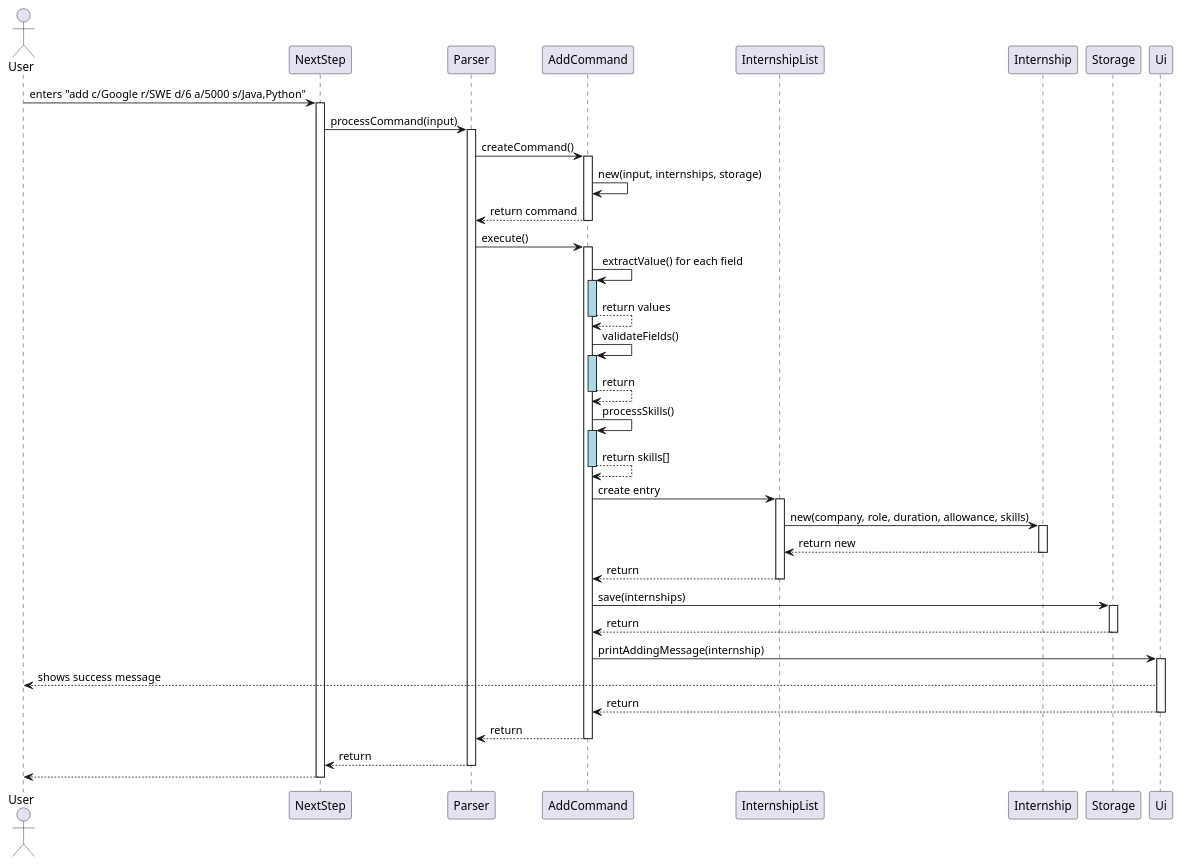
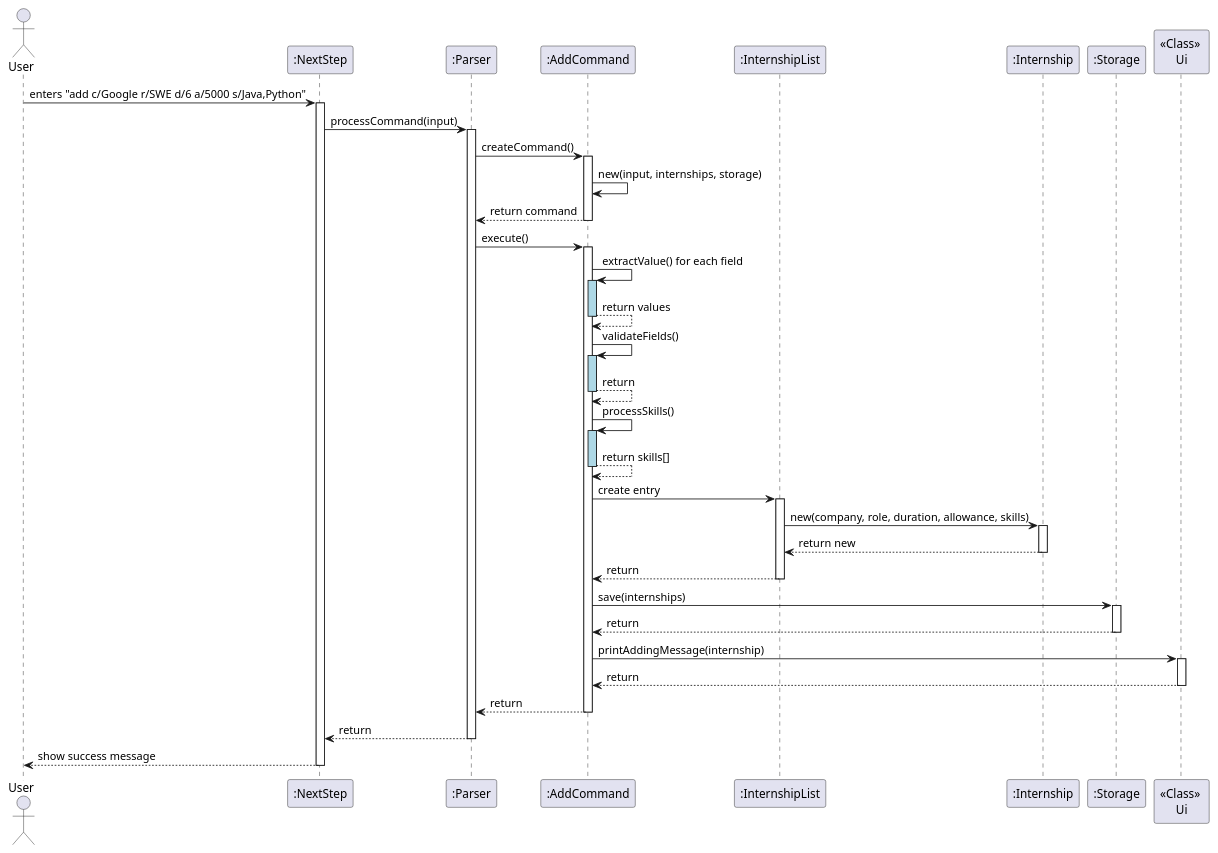
Before and after one commit to xyanjun02/tp: the diagram in docs/diagrams/addCommandSequence.puml, drawn with PlantUML. The commit also changed 5 other files, not shown here.

```diff
--- a/docs/diagrams/addCommandSequence.puml
+++ b/docs/diagrams/addCommandSequence.puml
@@ -1,71 +1,70 @@
 @startuml
 'https://plantuml.com/sequence-diagram
 
 actor User
-participant NextStep
-participant Parser
-participant AddCommand
-participant InternshipList
-participant Internship
-participant Storage
-participant Ui
+participant ":NextStep" as NextStep
+participant ":Parser" as Parser
+participant ":AddCommand" as AddCommand
+participant ":InternshipList" as InternshipList
+participant ":Internship" as Internship
+participant ":Storage" as Storage
+participant "<<Class>> \nUi" as Ui
 
 User -> NextStep : enters "add c/Google r/SWE d/6 a/5000 s/Java,Python"
 activate NextStep
 
 NextStep -> Parser : processCommand(input)
 activate Parser
 
 Parser -> AddCommand : createCommand()
 activate AddCommand
 AddCommand -> AddCommand : new(input, internships, storage)
 AddCommand --> Parser : return command
 deactivate AddCommand
 
 Parser -> AddCommand : execute()
 activate AddCommand
 
 AddCommand -> AddCommand : extractValue() for each field
 activate AddCommand #lightblue
 AddCommand --> AddCommand : return values
 deactivate AddCommand
 
 AddCommand -> AddCommand : validateFields()
 activate AddCommand #lightblue
 AddCommand --> AddCommand : return
 deactivate AddCommand
 
 AddCommand -> AddCommand : processSkills()
 activate AddCommand #lightblue
 AddCommand --> AddCommand : return skills[]
 deactivate AddCommand
 
 AddCommand -> InternshipList : create entry
 activate InternshipList
 InternshipList -> Internship : new(company, role, duration, allowance, skills)
 activate Internship
 Internship --> InternshipList : return new
 deactivate Internship
 InternshipList --> AddCommand : return
 deactivate InternshipList
 
 AddCommand -> Storage : save(internships)
 activate Storage
 Storage --> AddCommand : return
 deactivate Storage
 
 AddCommand -> Ui : printAddingMessage(internship)
 activate Ui
-Ui --> User : shows success message
 Ui --> AddCommand : return
 deactivate Ui
 
 AddCommand --> Parser : return
 deactivate AddCommand
 
 Parser --> NextStep : return
 deactivate Parser
 
-NextStep --> User
+NextStep --> User : show success message
 deactivate NextStep
 @enduml
```
